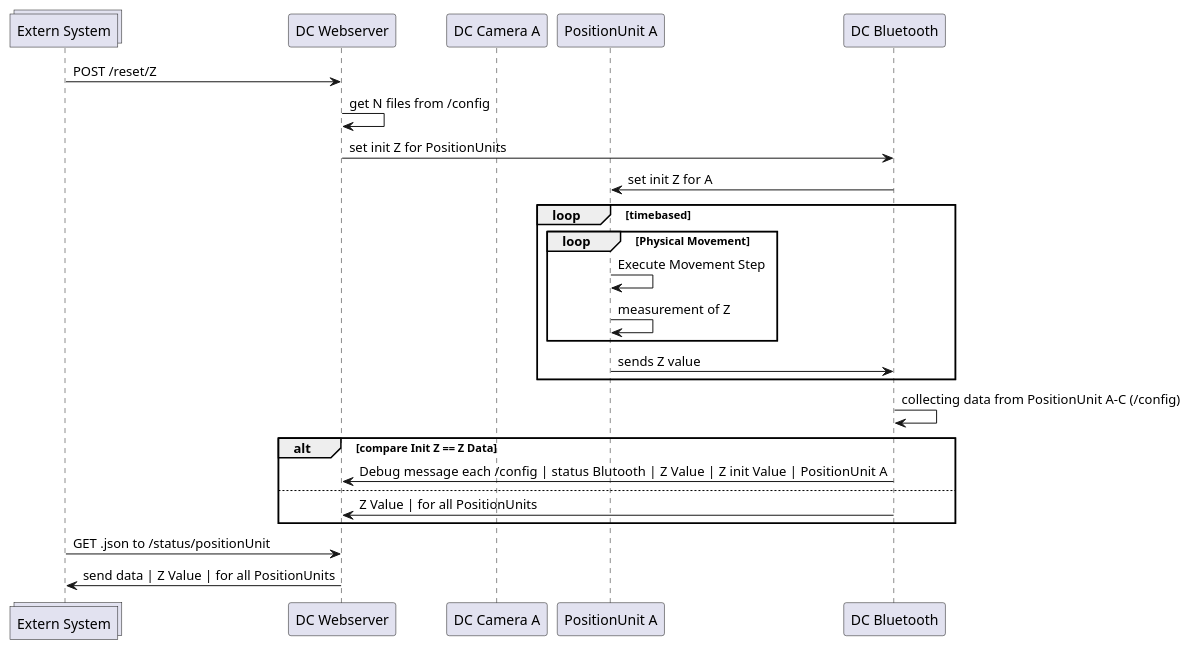
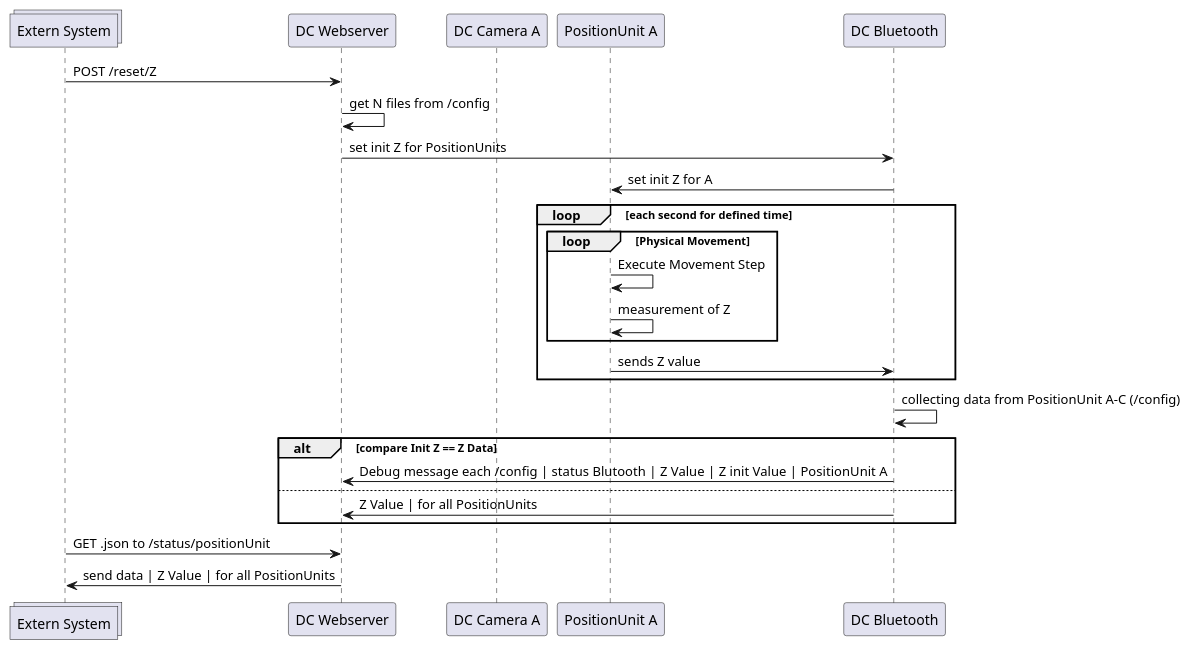
One commit to Nr44suessauer/I-Scan changed the second of 2 diagrams in docs/diagrams/API_sequenz_Diagramm.puml. Above: the diagram before and after it, drawn with PlantUML. The commit also changed other lines of this file and 2 other files, not shown here.

```diff
--- a/docs/diagrams/API_sequenz_Diagramm.puml
+++ b/docs/diagrams/API_sequenz_Diagramm.puml
@@ -26,34 +26,34 @@
 @startuml Reset Mashine Z process with bluetooth functionalitis | good case
 collections "Extern System" as Extern
 participant "DC Webserver"  as Browser
 participant "DC Camera A"   as CameraA
 participant "PositionUnit A" as PosA
 participant "DC Bluetooth"  as Bluetooth
 
 Extern -> Browser: POST /reset/Z
 Browser -> Browser: get N files from /config
 Browser -> Bluetooth: set init Z for PositionUnits
 Bluetooth -> PosA: set init Z for A 
 
-loop timebased 
+loop each second for defined time
 
     loop Physical Movement
         PosA -> PosA: Execute Movement Step
         PosA -> PosA: measurement of Z
     end
 
         PosA -> Bluetooth: sends Z value
 end
 
 Bluetooth -> Bluetooth: collecting data from PositionUnit A-C (/config)
 
 alt compare Init Z == Z Data 
     Bluetooth -> Browser: Debug message each /config  | status Blutooth | Z Value | Z init Value | PositionUnit A 
 else
     Bluetooth -> Browser: Z Value | for all PositionUnits
 end
 
 Extern -> Browser: GET .json to /status/positionUnit
 Browser -> Extern: send data | Z Value | for all PositionUnits
 
 @enduml
```
